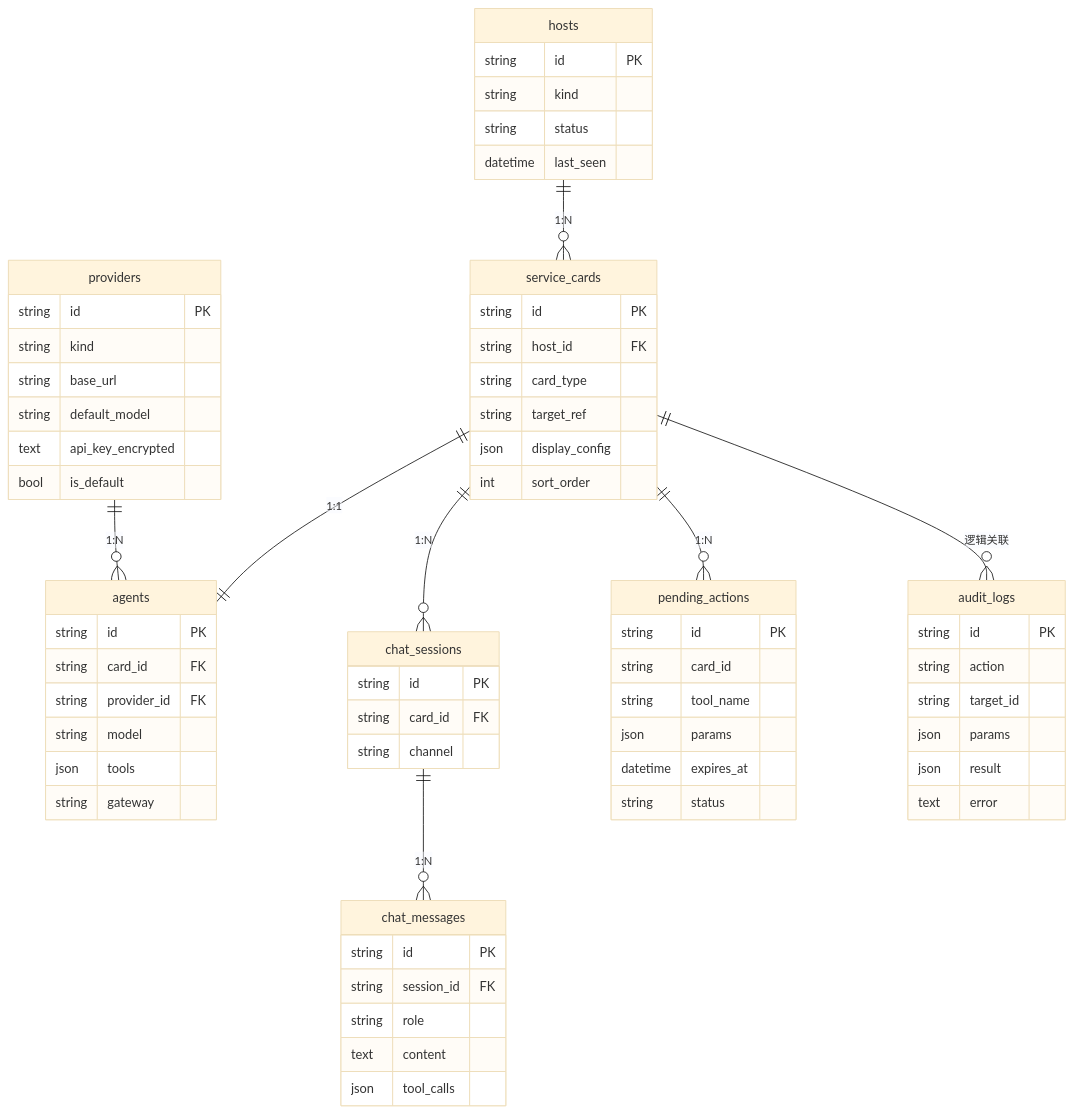
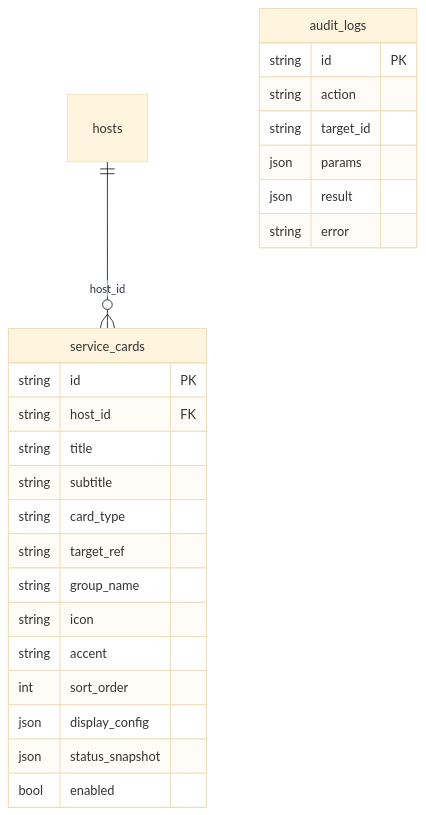
One commit to yydgod/yongjiepanel changed the second of 2 diagrams in docs/architecture.md. Above: the diagram before and after it, drawn with Mermaid (base theme). The commit also changed other lines of this file and 93 other files, not shown here.

````diff
--- a/docs/architecture.md
+++ b/docs/architecture.md
@@ -125,19 +70,27 @@
 ```mermaid
 erDiagram
-  hosts ||--o{ service_cards : "1:N"
-  service_cards ||--|| agents : "1:1"
-  providers ||--o{ agents : "1:N"
-  service_cards ||--o{ chat_sessions : "1:N"
-  chat_sessions ||--o{ chat_messages : "1:N"
-  service_cards ||--o{ pending_actions : "1:N"
-  service_cards ||--o{ audit_logs : "逻辑关联"
-
-  hosts { string id PK string kind string status datetime last_seen }
-  service_cards { string id PK string host_id FK string card_type string target_ref json display_config int sort_order }
-  agents { string id PK string card_id FK string provider_id FK string model json tools string gateway }
-  providers { string id PK string kind string base_url string default_model text api_key_encrypted bool is_default }
-  chat_sessions { string id PK string card_id FK string channel }
-  chat_messages { string id PK string session_id FK string role text content json tool_calls }
-  pending_actions { string id PK string card_id string tool_name json params datetime expires_at string status }
-  audit_logs { string id PK string action string target_id json params json result text error }
+  hosts ||--o{ service_cards : "host_id"
+  service_cards {
+    string id PK
+    string host_id FK
+    string title
+    string subtitle
+    string card_type
+    string target_ref
+    string group_name
+    string icon
+    string accent
+    int sort_order
+    json display_config
+    json status_snapshot
+    bool enabled
+  }
+  audit_logs {
+    string id PK
+    string action
+    string target_id
+    json params
+    json result
+    string error
+  }
 ```
````
